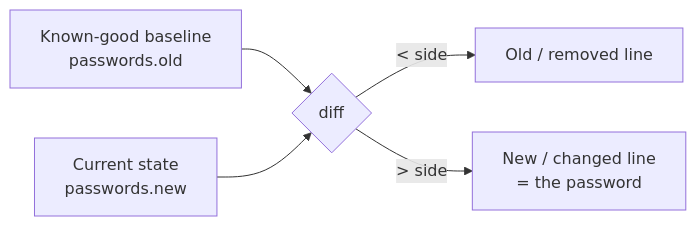
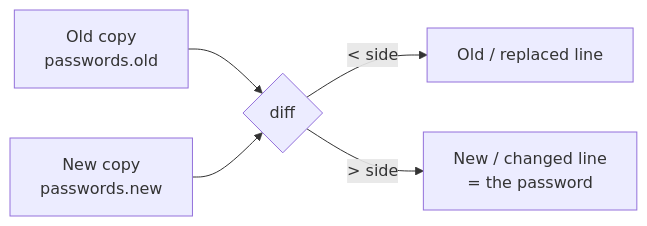
The diagram in bandit-series/18-bandit-level-17-18.md (sheru-pan/sheru-pan.github.io), drawn with Mermaid before and after one commit. The commit also changed other lines of this file and 76 other files, not shown here.

````diff
--- a/bandit-series/18-bandit-level-17-18.md
+++ b/bandit-series/18-bandit-level-17-18.md
@@ -122,7 +122,7 @@
 ```mermaid
 flowchart LR
-    A[Known-good baseline<br/>passwords.old] --> C{diff}
-    B[Current state<br/>passwords.new] --> C
-    C -->|< side| D[Old / removed line]
+    A[Old copy<br/>passwords.old] --> C{diff}
+    B[New copy<br/>passwords.new] --> C
+    C -->|< side| D[Old / replaced line]
     C -->|> side| E[New / changed line<br/>= the password]
 ```
````
